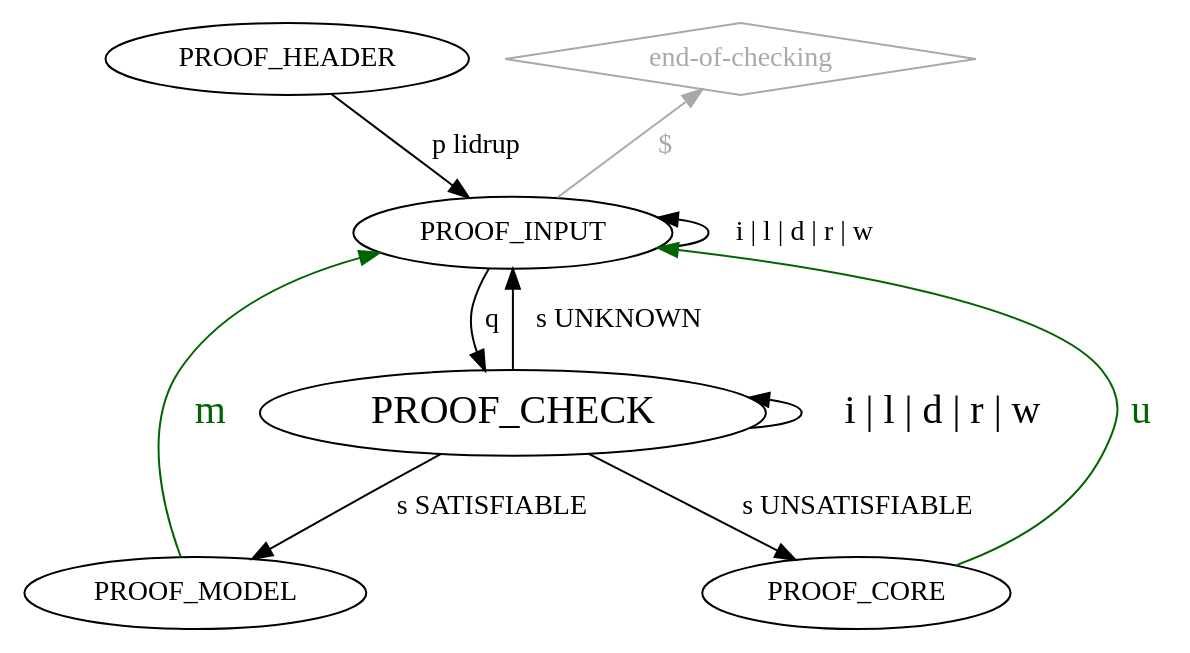
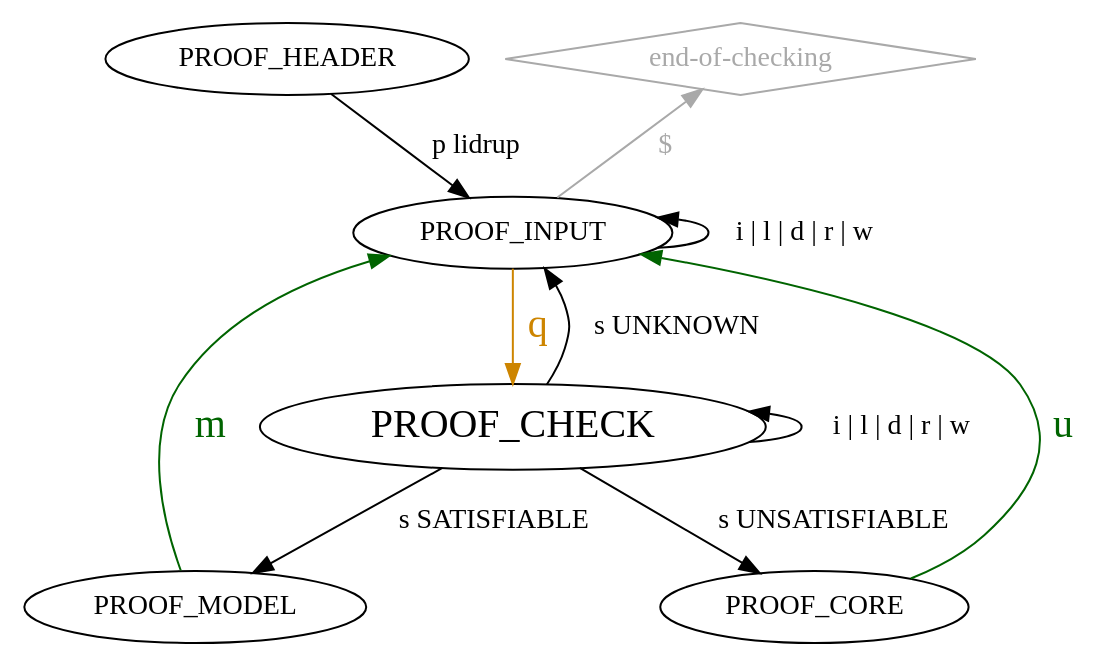
Before and after one commit to arminbiere/lidrup-check: the diagram in lidrup-check-really-pedantic-single.dot, drawn with Graphviz. The commit also changed 1 other file, not shown here.

```diff
--- a/lidrup-check-really-pedantic-single.dot
+++ b/lidrup-check-really-pedantic-single.dot
@@ -1,19 +1,19 @@
 digraph "lidrup-check" {
 
   PROOF_HEADER -> PROOF_INPUT [label=" p lidrup"]
 
   "end-of-checking" [shape=diamond,color=darkgray,fontcolor=darkgray];
    "end-of-checking" -> PROOF_INPUT [label="  $    ",dir=back,fontcolor=darkgray,color=darkgray];
 
-  PROOF_INPUT -> PROOF_CHECK [label=" q "];
   PROOF_INPUT -> PROOF_INPUT [label=" i | l | d | r | w",dir=back];
+  PROOF_INPUT -> PROOF_CHECK [label=" q ",weight=2,color=orange3,fontsize=20,fontcolor=orange3];
+  PROOF_INPUT -> PROOF_CHECK [label=" s UNKNOWN ",dir=back];
 
   PROOF_CHECK [fontsize=20];
-  PROOF_CHECK -> PROOF_CHECK [label=" i | l | d | r | w ",dir=back,fontsize=20];
+  PROOF_CHECK -> PROOF_CHECK [label=" i | l | d | r | w ",dir=back];
   PROOF_CHECK -> PROOF_MODEL [label=" s SATISFIABLE "];
   PROOF_CHECK -> PROOF_CORE [label=" s UNSATISFIABLE "];
-  PROOF_CHECK -> PROOF_INPUT [label=" s UNKNOWN "];
 
   PROOF_MODEL -> PROOF_INPUT [label=" m ",color=darkgreen,fontsize=20,fontcolor=darkgreen];
   PROOF_CORE -> PROOF_INPUT [label=" u ",color=darkgreen,fontsize=20,fontcolor=darkgreen];
 }
```
